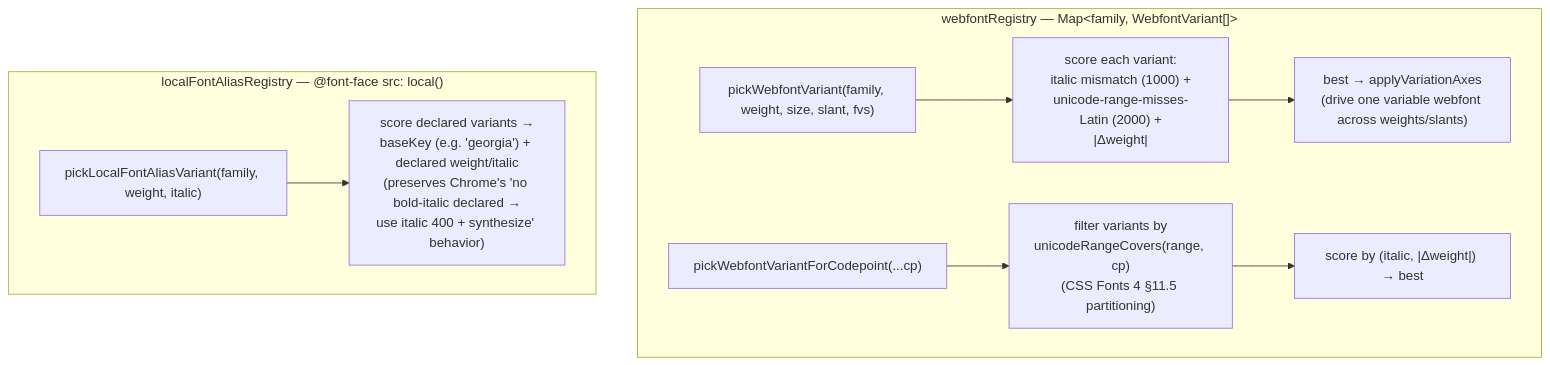
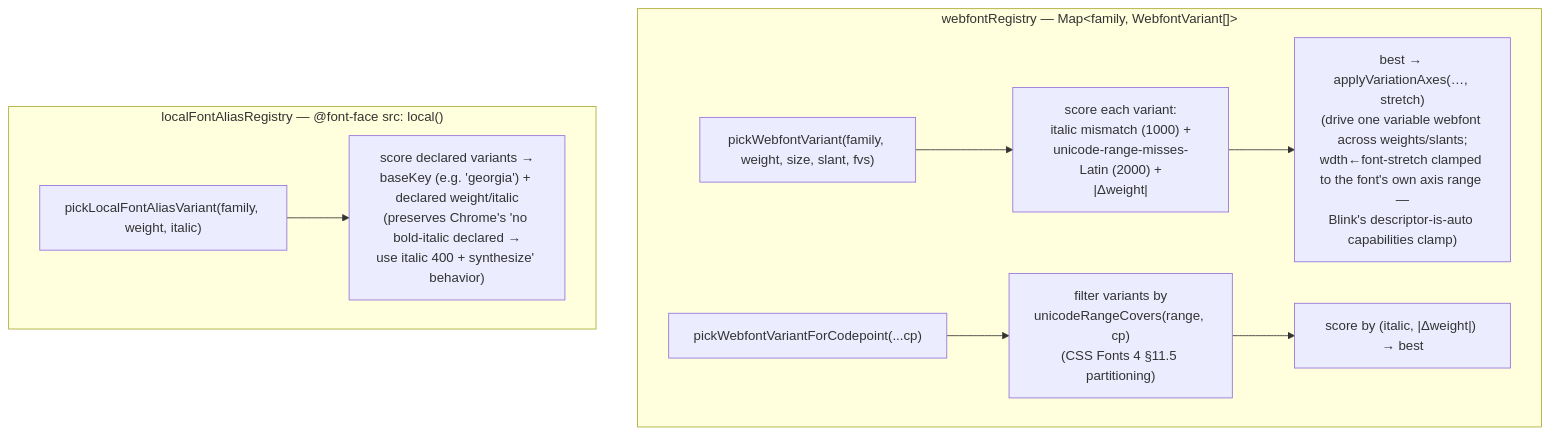
The fourth of 11 diagrams in docs/font-resolution-diagram.md (brianwestphal/domotion), drawn with Mermaid before and after one commit. The commit also changed other lines of this file and 3 other files, not shown here.

````diff
--- a/docs/font-resolution-diagram.md
+++ b/docs/font-resolution-diagram.md
@@ -398,12 +416,12 @@
 ```mermaid
 flowchart TD
   subgraph WF["webfontRegistry — Map&lt;family, WebfontVariant[]&gt;"]
     W0["pickWebfontVariant(family, weight, size, slant, fvs)"] --> W1["score each variant:<br/>italic mismatch (1000) +<br/>unicode-range-misses-Latin (2000) +<br/>|Δweight|"]
-    W1 --> W2["best → applyVariationAxes<br/>(drive one variable webfont across weights/slants)"]
+    W1 --> W2["best → applyVariationAxes(…, stretch)<br/>(drive one variable webfont across weights/slants;<br/>wdth←font-stretch clamped to the font's own axis range —<br/>Blink's descriptor-is-auto capabilities clamp)"]
     P0["pickWebfontVariantForCodepoint(...cp)"] --> P1["filter variants by<br/>unicodeRangeCovers(range, cp)<br/>(CSS Fonts 4 §11.5 partitioning)"]
     P1 --> P2["score by (italic, |Δweight|) → best"]
   end
   subgraph LA["localFontAliasRegistry — @font-face src: local()"]
     LA0["pickLocalFontAliasVariant(family, weight, italic)"] --> LA1["score declared variants →<br/>baseKey (e.g. 'georgia') + declared weight/italic<br/>(preserves Chrome's 'no bold-italic declared →<br/>use italic 400 + synthesize' behavior)"]
   end
 ```
````
